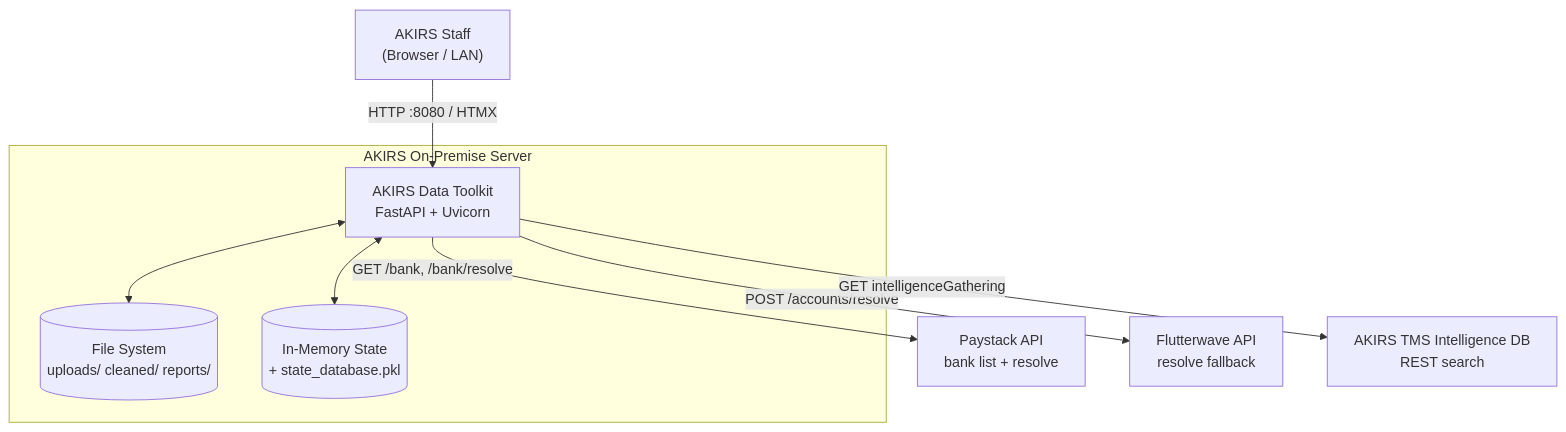
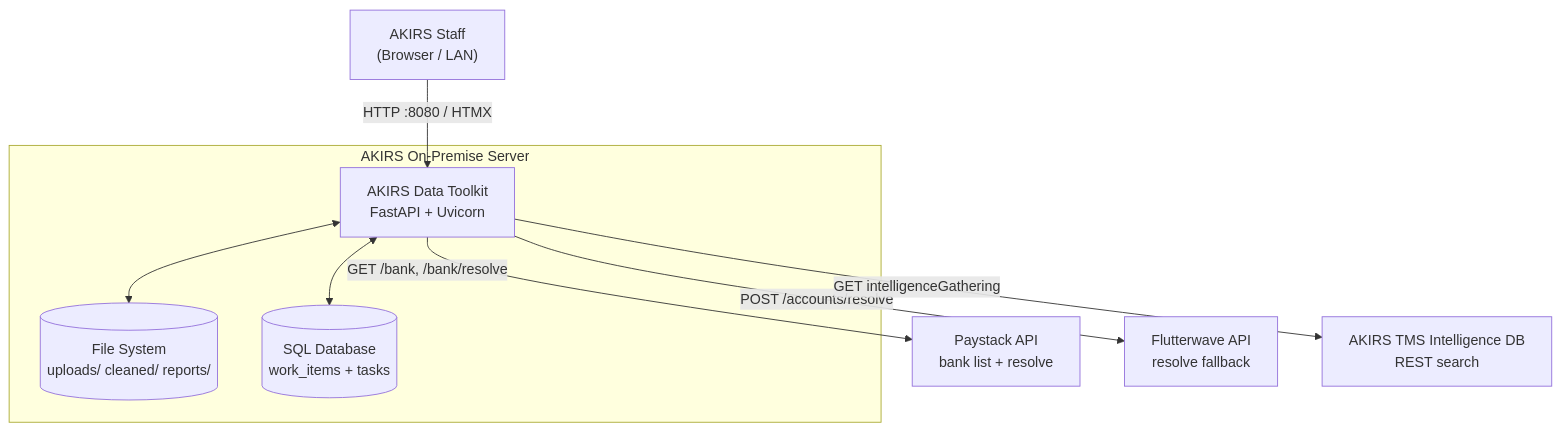
One commit to Penivera/akirs-data-cleaner changed the first of 8 diagrams in docs/system-design.md. Above: the diagram before and after it, drawn with Mermaid. The commit also changed other lines of this file and 5 other files, not shown here.

First line of the commit message:
feat(db): add work_items/tasks tables, repository, and SQLite WAL settings

````diff
--- a/docs/system-design.md
+++ b/docs/system-design.md
@@ -7,19 +7,19 @@
 ```mermaid
 flowchart TB
     User["AKIRS Staff<br/>(Browser / LAN)"]
     subgraph Server["AKIRS On-Premise Server"]
         App["AKIRS Data Toolkit<br/>FastAPI + Uvicorn"]
         FS[("File System<br/>uploads/ cleaned/ reports/")]
-        State[("In-Memory State<br/>+ state_database.pkl")]
+        State[("SQL Database<br/>work_items + tasks")]
     end
     Paystack["Paystack API<br/>bank list + resolve"]
     Flutter["Flutterwave API<br/>resolve fallback"]
     Intel["AKIRS TMS Intelligence DB<br/>REST search"]
 
     User -->|"HTTP :8080 / HTMX"| App
     App <--> FS
     App <--> State
     App -->|"GET /bank, /bank/resolve"| Paystack
     App -->|"POST /accounts/resolve"| Flutter
     App -->|"GET intelligenceGathering"| Intel
 ```
````
